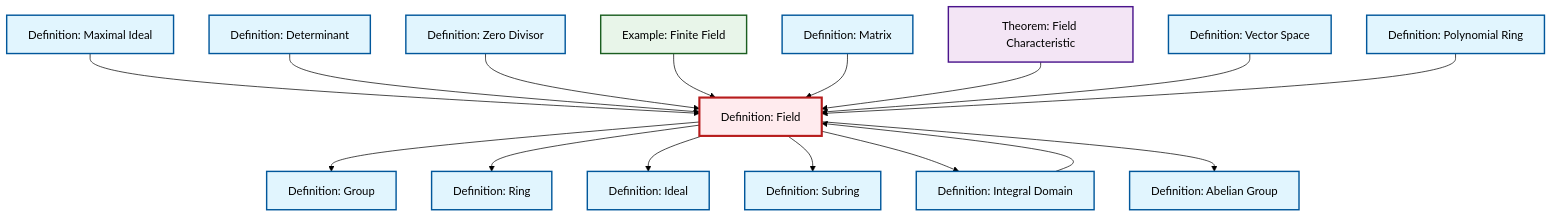
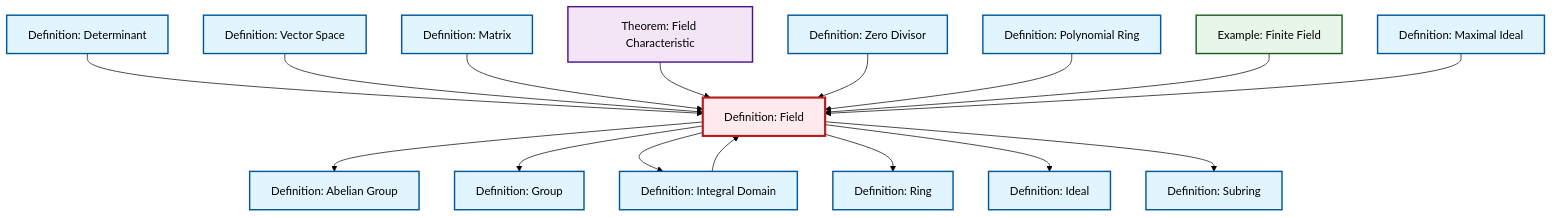
Before and after one commit to RK0429/ModernMath: the diagram in content/en/algebra/def-field.qmd, drawn with Mermaid (forest theme). The commit also changed other lines of this file and 328 other files, not shown here.

````diff
--- a/content/en/algebra/def-field.qmd
+++ b/content/en/algebra/def-field.qmd
@@ -56,54 +56,54 @@
 ```{mermaid}
 %%| fig-cap: "Local dependency graph"
 graph TD
     classDef definition fill:#e1f5fe,stroke:#01579b,stroke-width:2px
     classDef theorem fill:#f3e5f5,stroke:#4a148c,stroke-width:2px
     classDef axiom fill:#fff3e0,stroke:#e65100,stroke-width:2px
     classDef example fill:#e8f5e9,stroke:#1b5e20,stroke-width:2px
     classDef current fill:#ffebee,stroke:#b71c1c,stroke-width:3px
-    thm-field-characteristic["Theorem: Field Characteristic"]:::theorem
     def-determinant["Definition: Determinant"]:::definition
     def-integral-domain["Definition: Integral Domain"]:::definition
+    def-field["Definition: Field"]:::definition
+    def-ideal["Definition: Ideal"]:::definition
+    thm-field-characteristic["Theorem: Field Characteristic"]:::theorem
+    def-zero-divisor["Definition: Zero Divisor"]:::definition
+    def-vector-space["Definition: Vector Space"]:::definition
+    def-polynomial-ring["Definition: Polynomial Ring"]:::definition
+    def-ring["Definition: Ring"]:::definition
+    def-abelian-group["Definition: Abelian Group"]:::definition
+    def-group["Definition: Group"]:::definition
+    def-matrix["Definition: Matrix"]:::definition
     def-subring["Definition: Subring"]:::definition
     def-maximal-ideal["Definition: Maximal Ideal"]:::definition
-    def-matrix["Definition: Matrix"]:::definition
-    def-ideal["Definition: Ideal"]:::definition
-    def-ring["Definition: Ring"]:::definition
-    def-group["Definition: Group"]:::definition
-    def-zero-divisor["Definition: Zero Divisor"]:::definition
-    def-field["Definition: Field"]:::definition
     ex-finite-field["Example: Finite Field"]:::example
-    def-polynomial-ring["Definition: Polynomial Ring"]:::definition
-    def-vector-space["Definition: Vector Space"]:::definition
-    def-abelian-group["Definition: Abelian Group"]:::definition
+    def-field --> def-abelian-group
+    def-determinant --> def-field
     def-field --> def-group
+    def-field --> def-integral-domain
+    def-vector-space --> def-field
+    def-matrix --> def-field
+    thm-field-characteristic --> def-field
+    def-zero-divisor --> def-field
+    def-integral-domain --> def-field
+    def-polynomial-ring --> def-field
+    ex-finite-field --> def-field
     def-field --> def-ring
-    def-integral-domain --> def-field
+    def-field --> def-ideal
     def-maximal-ideal --> def-field
-    def-determinant --> def-field
-    def-field --> def-ideal
-    def-zero-divisor --> def-field
-    ex-finite-field --> def-field
-    def-matrix --> def-field
     def-field --> def-subring
-    def-field --> def-integral-domain
-    def-field --> def-abelian-group
-    thm-field-characteristic --> def-field
-    def-vector-space --> def-field
-    def-polynomial-ring --> def-field
     class def-field current
-    click thm-field-characteristic "thm-field-characteristic.html" "Go to Field Characteristic theorem"
     click def-determinant "def-determinant.html" "Go to Determinant definition"
     click def-integral-domain "def-integral-domain.html" "Go to Integral Domain definition"
+    click def-ideal "def-ideal.html" "Go to Ideal definition"
+    click thm-field-characteristic "thm-field-characteristic.html" "Go to Field Characteristic theorem"
+    click def-zero-divisor "def-zero-divisor.html" "Go to Zero Divisor definition"
+    click def-vector-space "def-vector-space.html" "Go to Vector Space definition"
+    click def-polynomial-ring "def-polynomial-ring.html" "Go to Polynomial Ring definition"
+    click def-ring "def-ring.html" "Go to Ring definition"
+    click def-abelian-group "def-abelian-group.html" "Go to Abelian Group definition"
+    click def-group "def-group.html" "Go to Group definition"
+    click def-matrix "def-matrix.html" "Go to Matrix definition"
     click def-subring "def-subring.html" "Go to Subring definition"
     click def-maximal-ideal "def-maximal-ideal.html" "Go to Maximal Ideal definition"
-    click def-matrix "def-matrix.html" "Go to Matrix definition"
-    click def-ideal "def-ideal.html" "Go to Ideal definition"
-    click def-ring "def-ring.html" "Go to Ring definition"
-    click def-group "def-group.html" "Go to Group definition"
-    click def-zero-divisor "def-zero-divisor.html" "Go to Zero Divisor definition"
     click ex-finite-field "ex-finite-field.html" "Go to Finite Field example"
-    click def-polynomial-ring "def-polynomial-ring.html" "Go to Polynomial Ring definition"
-    click def-vector-space "def-vector-space.html" "Go to Vector Space definition"
-    click def-abelian-group "def-abelian-group.html" "Go to Abelian Group definition"
 ```
````
